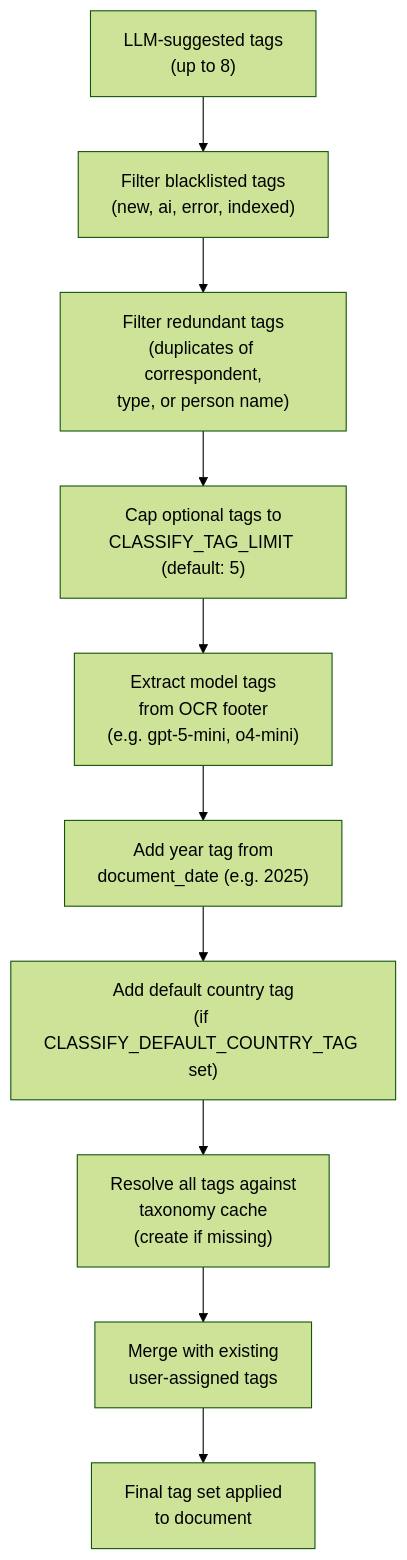
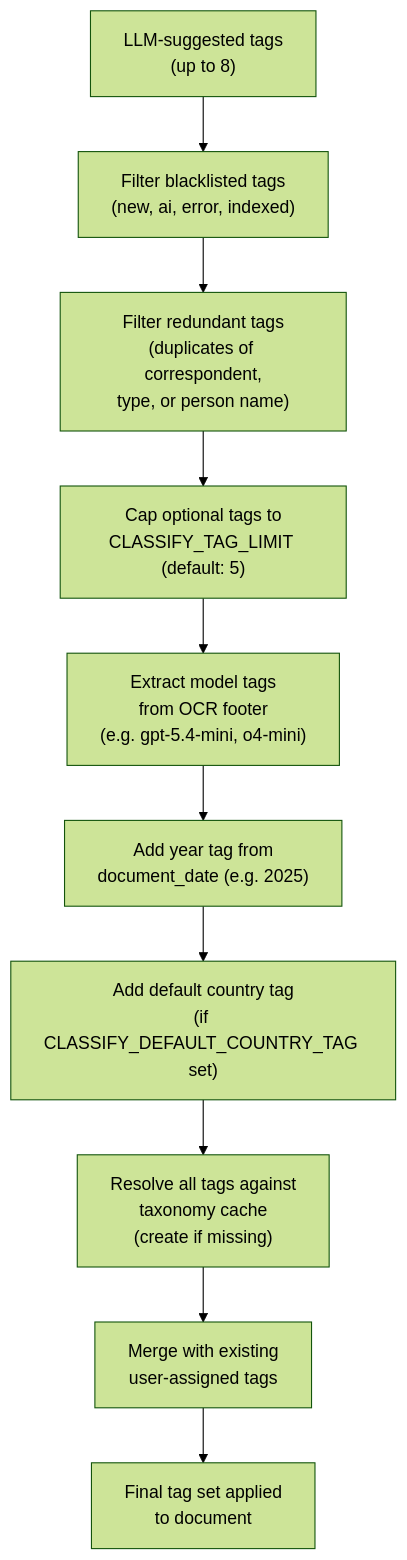
The third of 3 diagrams in docs/classification-pipeline.md (rossetv/paperless-ai), drawn with Mermaid (forest theme) before and after one commit. The commit also changed 22 other files, not shown here.

Commit message:
Update default model from gpt-5-mini to gpt-5.4-mini

````diff
--- a/docs/classification-pipeline.md
+++ b/docs/classification-pipeline.md
@@ -195,12 +195,12 @@
 ```mermaid
 flowchart TD
     A["LLM-suggested tags\n(up to 8)"] --> B["Filter blacklisted tags\n(new, ai, error, indexed)"]
     B --> C["Filter redundant tags\n(duplicates of correspondent,\ntype, or person name)"]
     C --> D["Cap optional tags to\nCLASSIFY_TAG_LIMIT (default: 5)"]
-    D --> E["Extract model tags\nfrom OCR footer\n(e.g. gpt-5-mini, o4-mini)"]
+    D --> E["Extract model tags\nfrom OCR footer\n(e.g. gpt-5.4-mini, o4-mini)"]
     E --> F["Add year tag from\ndocument_date (e.g. 2025)"]
     F --> G["Add default country tag\n(if CLASSIFY_DEFAULT_COUNTRY_TAG set)"]
     G --> H["Resolve all tags against\ntaxonomy cache\n(create if missing)"]
     H --> I["Merge with existing\nuser-assigned tags"]
     I --> J[Final tag set applied\nto document]
 ```
````
